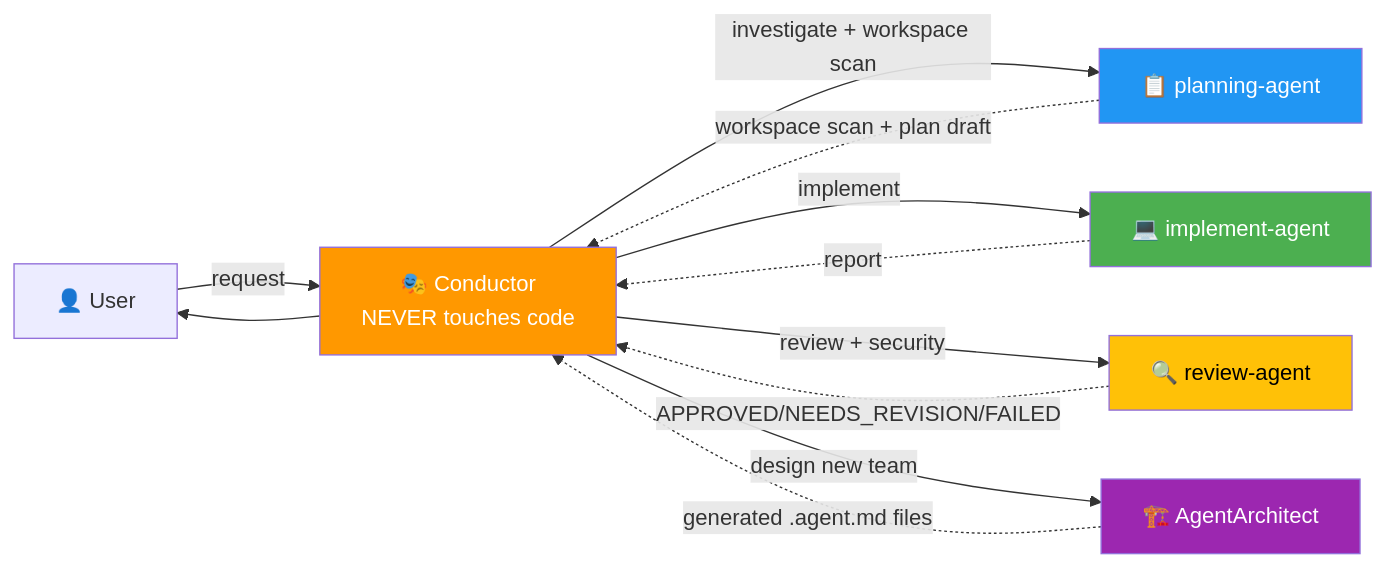
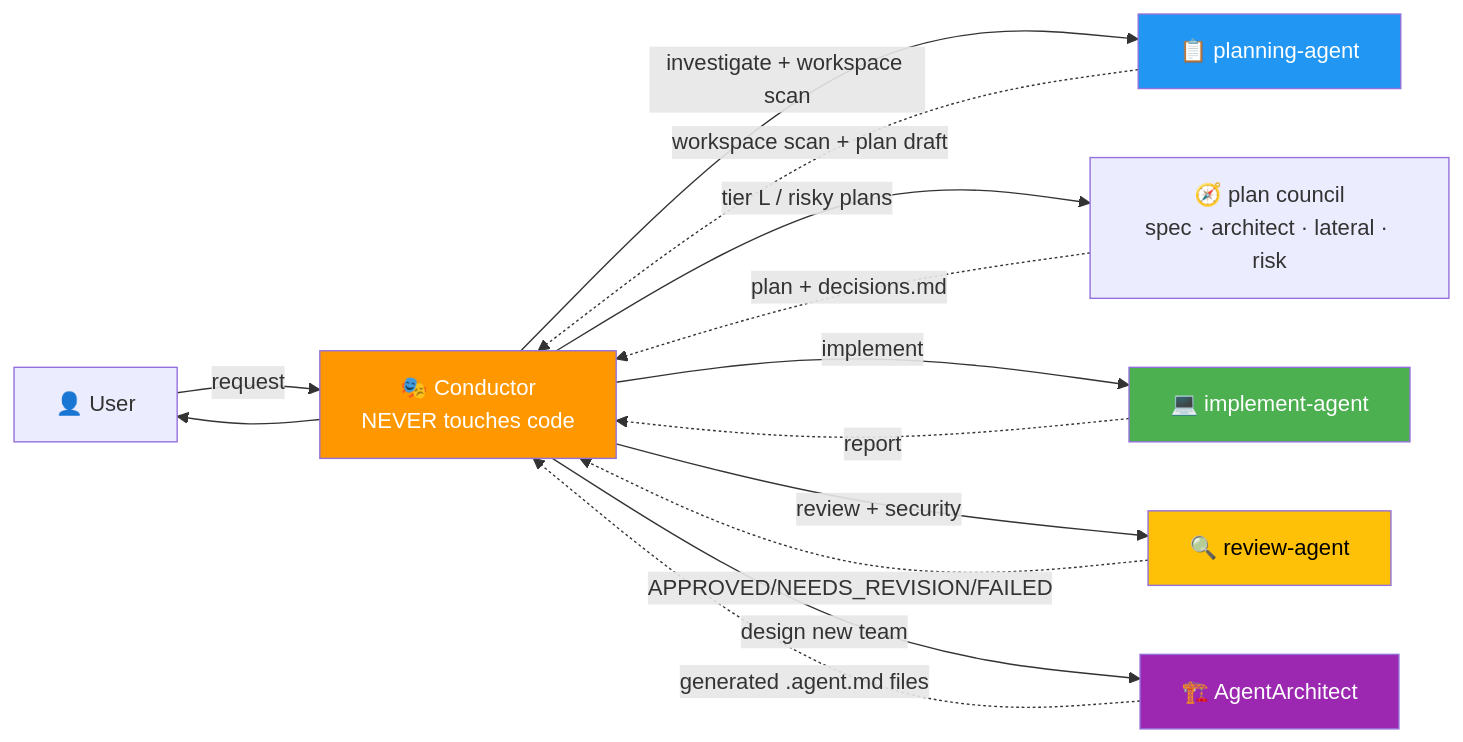
Before and after one commit to elisaul77/Orquestacion_Agentes_claude: the diagram in AGENTS.md, drawn with Mermaid. The commit also changed other lines of this file and 2 other files, not shown here.

````diff
--- a/AGENTS.md
+++ b/AGENTS.md
@@ -5,19 +5,21 @@
 ```mermaid
 flowchart LR
     USER["👤 User"] -->|"request"| CONDUCTOR["🎭 Conductor<br/>NEVER touches code"]
     CONDUCTOR -->|"investigate + workspace scan"| PA["📋 planning-agent"]
+    CONDUCTOR -->|"tier L / risky plans"| CC["🧭 plan council<br/>spec · architect · lateral · risk"]
+    CC -.->|"plan + decisions.md"| CONDUCTOR
     CONDUCTOR -->|"implement"| IA["💻 implement-agent"]
     CONDUCTOR -->|"review + security"| RA["🔍 review-agent"]
     CONDUCTOR -->|"design new team"| AA["🏗️ AgentArchitect"]
     PA -.->|"workspace scan + plan draft"| CONDUCTOR
     IA -.->|"report"| CONDUCTOR
     RA -.->|"APPROVED/NEEDS_REVISION/FAILED"| CONDUCTOR
     AA -.->|"generated .agent.md files"| CONDUCTOR
     CONDUCTOR --> USER
 
     style CONDUCTOR fill:#ff9800,color:#fff
     style PA fill:#2196f3,color:#fff
     style IA fill:#4caf50,color:#fff
     style RA fill:#ffc107,color:#000
     style AA fill:#9c27b0,color:#fff
 ```
````
